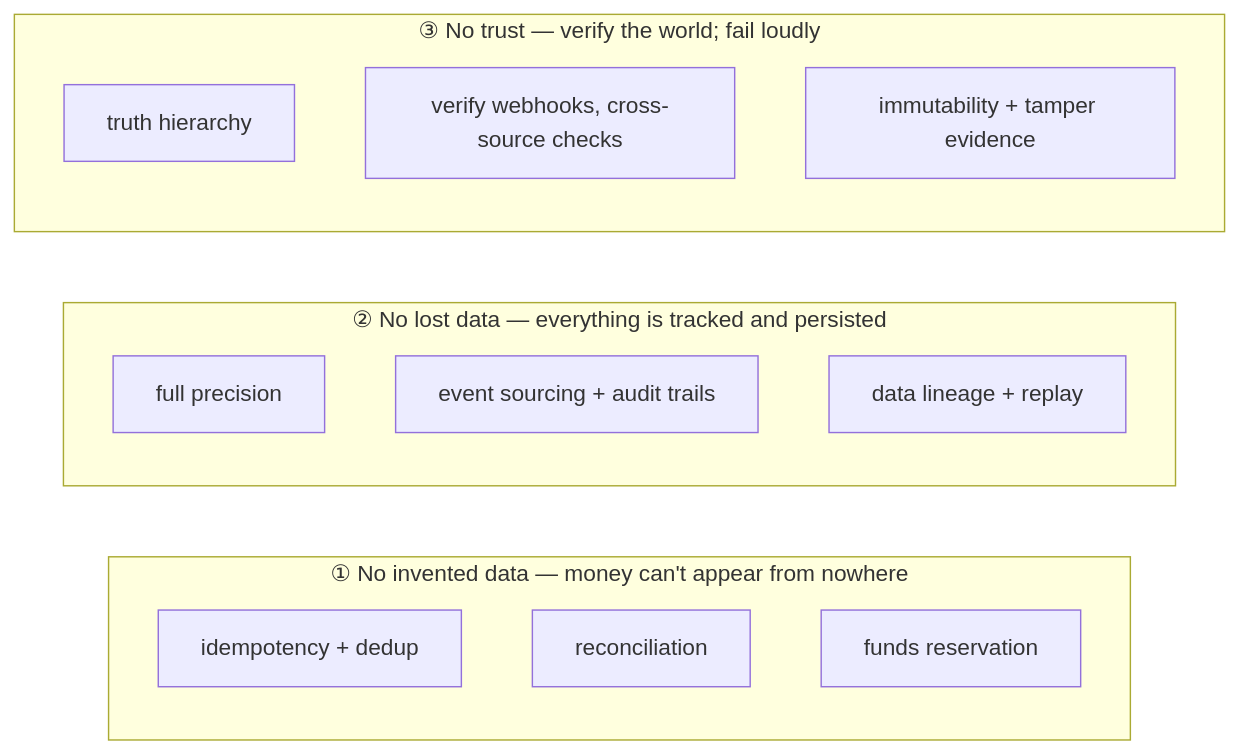
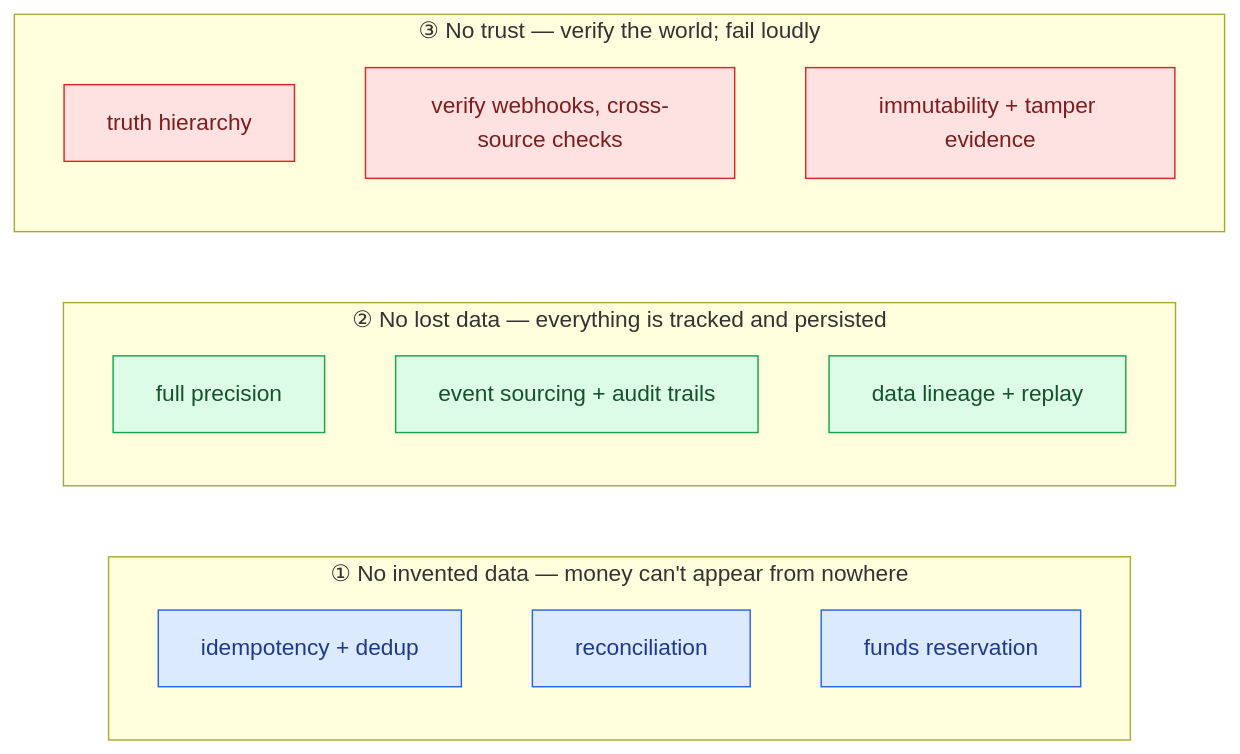
One commit to YSKM523/fintech-engineering-handbook changed the first of 4 diagrams in README.md. Above: the diagram before and after it, drawn with Mermaid. The commit also changed other lines of this file and 1 other file, not shown here.

First line of the commit message:
Add a colored three-principles diagram to SKILL.md; color the README diagrams

````diff
--- a/README.md
+++ b/README.md
@@ -33,21 +33,24 @@
 ```mermaid
 flowchart LR
     subgraph P1["① No invented data — money can't appear from nowhere"]
         direction TB
-        a1[idempotency + dedup]
-        a2[reconciliation]
-        a3[funds reservation]
+        a1[idempotency + dedup]:::inv
+        a2[reconciliation]:::inv
+        a3[funds reservation]:::inv
     end
     subgraph P2["② No lost data — everything is tracked and persisted"]
         direction TB
-        b1[full precision]
-        b2[event sourcing + audit trails]
-        b3[data lineage + replay]
+        b1[full precision]:::lost
+        b2[event sourcing + audit trails]:::lost
+        b3[data lineage + replay]:::lost
     end
     subgraph P3["③ No trust — verify the world; fail loudly"]
         direction TB
-        c1[truth hierarchy]
-        c2[verify webhooks, cross-source checks]
-        c3[immutability + tamper evidence]
+        c1[truth hierarchy]:::trust
+        c2[verify webhooks, cross-source checks]:::trust
+        c3[immutability + tamper evidence]:::trust
     end
+    classDef inv fill:#dbeafe,color:#1e3a8a,stroke:#2563eb;
+    classDef lost fill:#dcfce7,color:#14532d,stroke:#16a34a;
+    classDef trust fill:#fee2e2,color:#7f1d1d,stroke:#dc2626;
 ```
````
